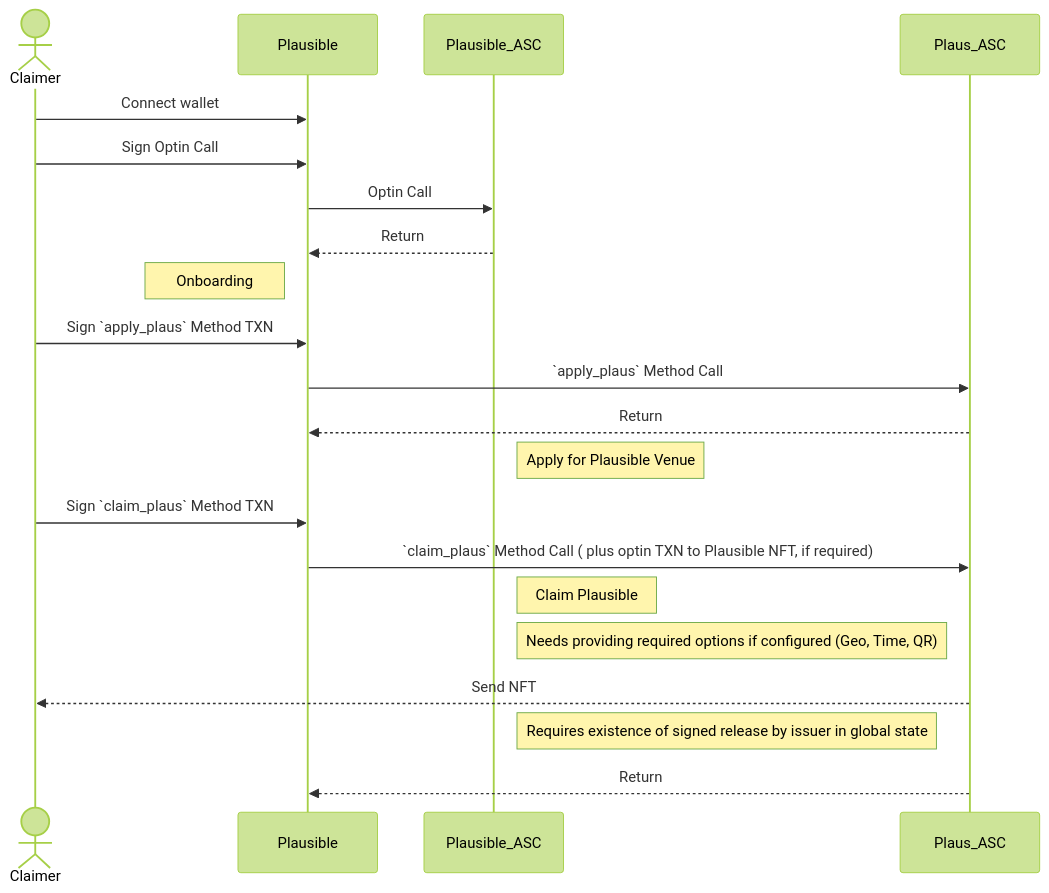
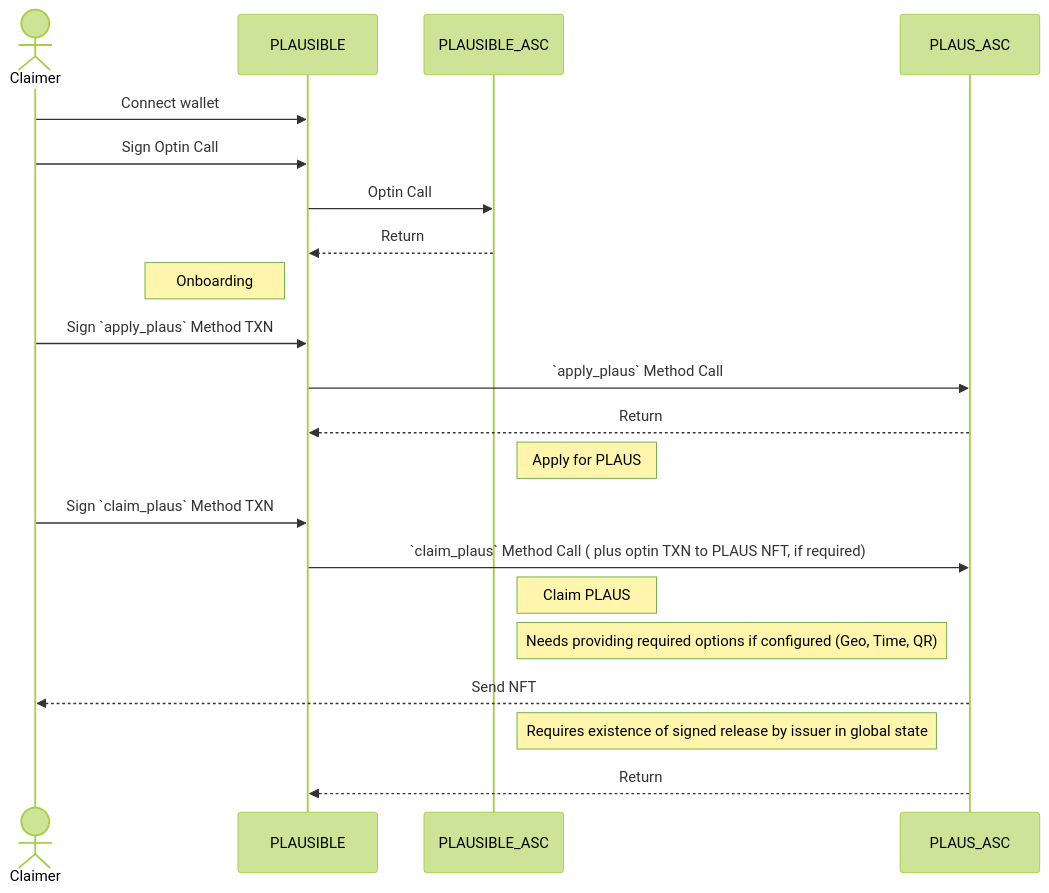
The third of 8 diagrams in profile/README.md (GoPlausible/.github), drawn with Mermaid (forest theme) before and after one commit. The commit also changed other lines of this file, not shown here.

````diff
--- a/profile/README.md
+++ b/profile/README.md
@@ -164,27 +164,27 @@
 ```mermaid
 sequenceDiagram 
 actor Claimer
-participant Plausible
-participant Plausible_ASC
-participant Plaus_ASC
-Claimer ->> Plausible: Connect wallet
-Claimer ->> Plausible: Sign Optin Call
-Plausible ->> Plausible_ASC: Optin Call
-Plausible_ASC -->> Plausible: Return
-Note left of Plausible: Onboarding
+participant PLAUSIBLE
+participant PLAUSIBLE_ASC
+participant PLAUS_ASC
+Claimer ->> PLAUSIBLE: Connect wallet
+Claimer ->> PLAUSIBLE: Sign Optin Call
+PLAUSIBLE ->> PLAUSIBLE_ASC: Optin Call
+PLAUSIBLE_ASC -->> PLAUSIBLE: Return
+Note left of PLAUSIBLE: Onboarding
 
-Claimer ->> Plausible: Sign `apply_plaus` Method TXN
-Plausible ->> Plaus_ASC:  `apply_plaus` Method Call
-Plaus_ASC -->> Plausible: Return
-Note right of Plausible_ASC: Apply for Plausible Venue
+Claimer ->> PLAUSIBLE: Sign `apply_plaus` Method TXN
+PLAUSIBLE ->> PLAUS_ASC:  `apply_plaus` Method Call
+PLAUS_ASC -->> PLAUSIBLE: Return
+Note right of PLAUSIBLE_ASC: Apply for PLAUS
 
 
-Claimer ->> Plausible: Sign `claim_plaus` Method TXN
-Plausible ->> Plaus_ASC: `claim_plaus` Method Call ( plus optin TXN to Plausible NFT, if required)
-Note right of Plausible_ASC: Claim Plausible
-Note right of Plausible_ASC: Needs providing required options if configured (Geo, Time, QR)
-Plaus_ASC -->> Claimer: Send NFT
-Note right of Plausible_ASC: Requires existence of signed release by issuer in global state
-Plaus_ASC -->> Plausible: Return
+Claimer ->> PLAUSIBLE: Sign `claim_plaus` Method TXN
+PLAUSIBLE ->> PLAUS_ASC: `claim_plaus` Method Call ( plus optin TXN to PLAUS NFT, if required)
+Note right of PLAUSIBLE_ASC: Claim PLAUS
+Note right of PLAUSIBLE_ASC: Needs providing required options if configured (Geo, Time, QR)
+PLAUS_ASC -->> Claimer: Send NFT
+Note right of PLAUSIBLE_ASC: Requires existence of signed release by issuer in global state
+PLAUS_ASC -->> PLAUSIBLE: Return
 
 ```
````
